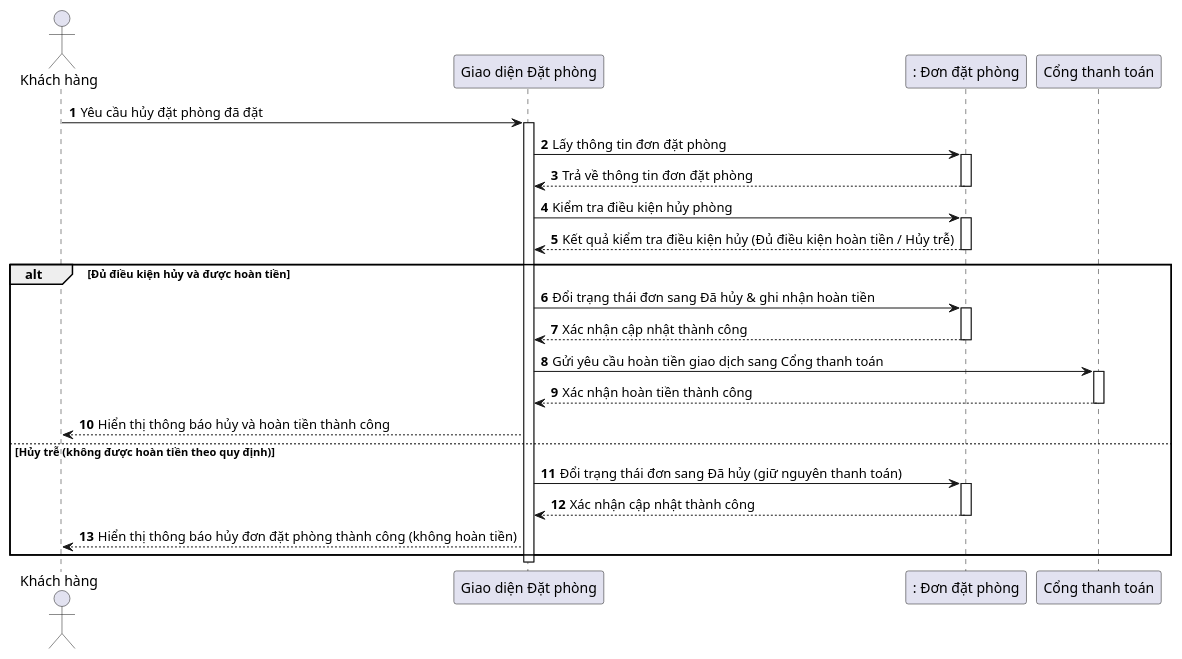
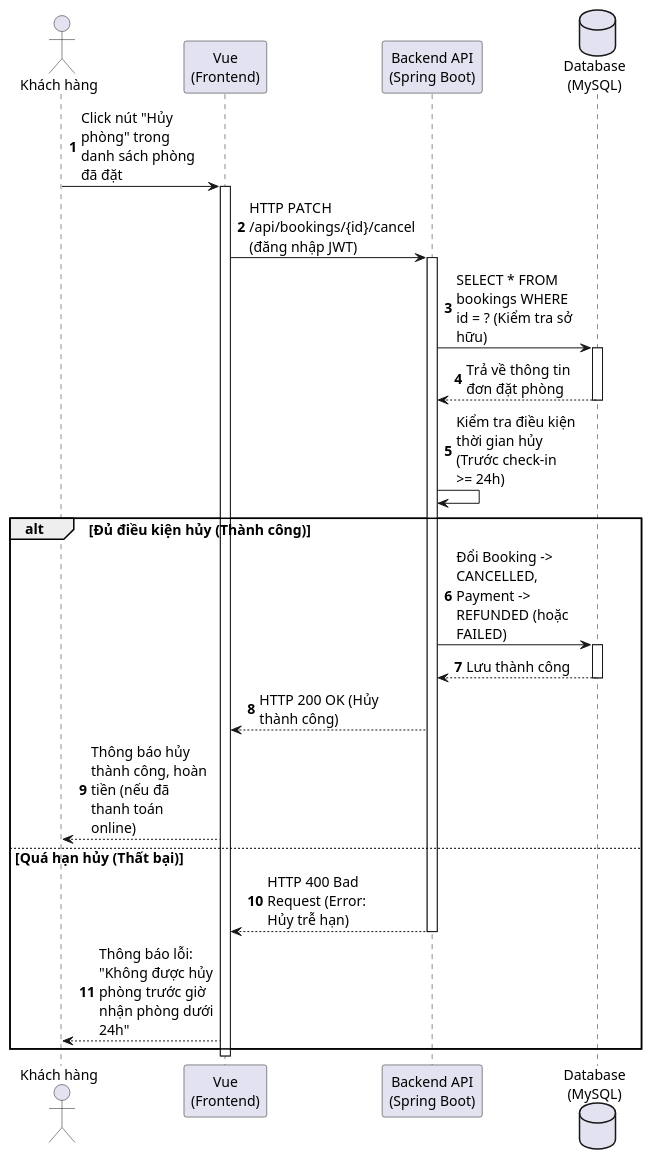
One commit to kienpham23/BuddingHotelStay-frontend changed diagram 15 of 28 in huong_dan_ve_bieu_do.md. Above: the diagram before and after it, drawn with PlantUML. The commit also changed other lines of this file and 16 other files, not shown here.

Commit message:
Cập nhập sửa giao diện

````diff
--- a/huong_dan_ve_bieu_do.md
+++ b/huong_dan_ve_bieu_do.md
@@ -482,44 +524,38 @@
 ```plantuml
 @startuml
 autonumber
+skinparam DefaultFontSize 14
+skinparam MaxMessageSize 120
+skinparam ParticipantPadding 10
+skinparam BoxPadding 10
+
 actor "Khách hàng" as Customer
-participant "Giao diện Đặt phòng" as GUI
-participant ": Đơn đặt phòng" as Booking
-participant "Cổng thanh toán" as PaymentGateway
+participant "Vue\n(Frontend)" as Vue
+participant "Backend API\n(Spring Boot)" as API
+database "Database\n(MySQL)" as DB
 
-Customer -> GUI : Yêu cầu hủy đặt phòng đã đặt
-activate GUI
+Customer -> Vue : Click nút "Hủy phòng" trong danh sách phòng đã đặt
+activate Vue
+Vue -> API : HTTP PATCH /api/bookings/{id}/cancel (đăng nhập JWT)
+activate API
+API -> DB : SELECT * FROM bookings WHERE id = ? (Kiểm tra sở hữu)
+activate DB
+DB --> API : Trả về thông tin đơn đặt phòng
+deactivate DB
+API -> API : Kiểm tra điều kiện thời gian hủy (Trước check-in >= 24h)
 
-GUI -> Booking : Lấy thông tin đơn đặt phòng
-activate Booking
-Booking --> GUI : Trả về thông tin đơn đặt phòng
-deactivate Booking
-
-GUI -> Booking : Kiểm tra điều kiện hủy phòng
-activate Booking
-Booking --> GUI : Kết quả kiểm tra điều kiện hủy (Đủ điều kiện hoàn tiền / Hủy trễ)
-deactivate Booking
-
-alt Đủ điều kiện hủy và được hoàn tiền
-    GUI -> Booking : Đổi trạng thái đơn sang Đã hủy & ghi nhận hoàn tiền
-    activate Booking
-    Booking --> GUI : Xác nhận cập nhật thành công
-    deactivate Booking
-    
-    GUI -> PaymentGateway : Gửi yêu cầu hoàn tiền giao dịch sang Cổng thanh toán
-    activate PaymentGateway
-    PaymentGateway --> GUI : Xác nhận hoàn tiền thành công
-    deactivate PaymentGateway
-    
-    GUI --> Customer : Hiển thị thông báo hủy và hoàn tiền thành công
-else Hủy trễ (không được hoàn tiền theo quy định)
-    GUI -> Booking : Đổi trạng thái đơn sang Đã hủy (giữ nguyên thanh toán)
-    activate Booking
-    Booking --> GUI : Xác nhận cập nhật thành công
-    deactivate Booking
-    
-    GUI --> Customer : Hiển thị thông báo hủy đơn đặt phòng thành công (không hoàn tiền)
+alt Đủ điều kiện hủy (Thành công)
+    API -> DB : Đổi Booking -> CANCELLED, Payment -> REFUNDED (hoặc FAILED)
+    activate DB
+    DB --> API : Lưu thành công
+    deactivate DB
+    API --> Vue : HTTP 200 OK (Hủy thành công)
+    Vue --> Customer : Thông báo hủy thành công, hoàn tiền (nếu đã thanh toán online)
+else Quá hạn hủy (Thất bại)
+    API --> Vue : HTTP 400 Bad Request (Error: Hủy trễ hạn)
+    deactivate API
+    Vue --> Customer : Thông báo lỗi: "Không được hủy phòng trước giờ nhận phòng dưới 24h"
 end
-deactivate GUI
+deactivate Vue
 @enduml
 ```
````
